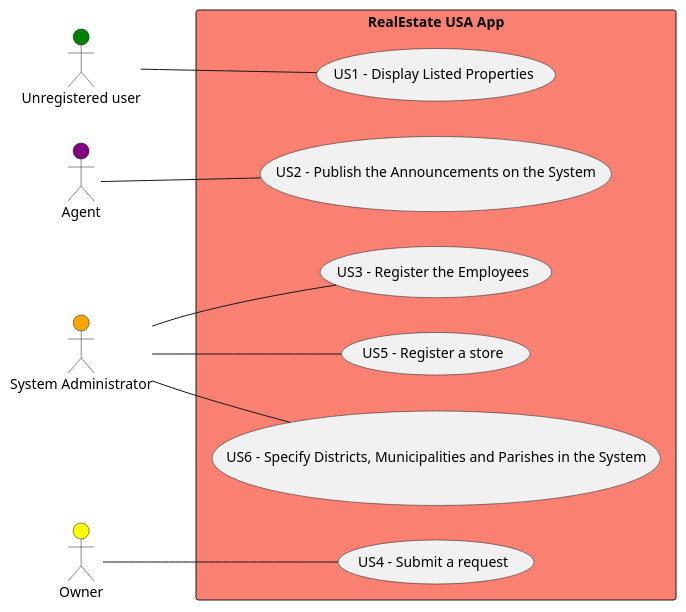
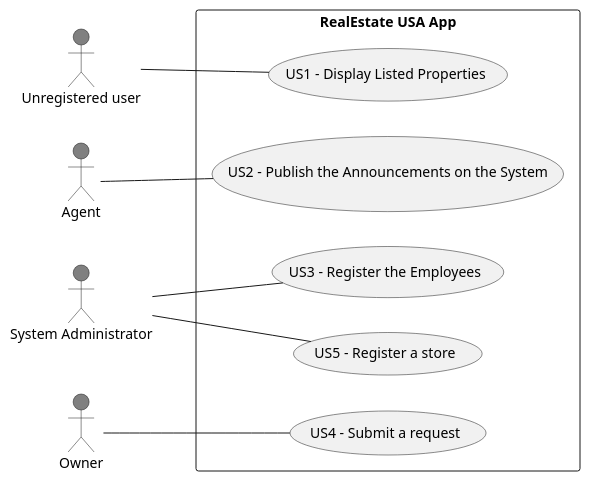
One commit to 1220812/LAPR2 changed the diagram in docs/sprintA/global-artifacts/01.requirements-engineering/puml/use-case-diagram.puml. Above: the diagram before and after it, drawn with PlantUML. The commit also changed 4 other files, not shown here.

```diff
--- a/docs/sprintA/global-artifacts/01.requirements-engineering/puml/use-case-diagram.puml
+++ b/docs/sprintA/global-artifacts/01.requirements-engineering/puml/use-case-diagram.puml
@@ -1,23 +1,21 @@
 @startuml
 left to right direction
 
-actor "Unregistered user" as unUser #green
-actor "Agent" as Agent #purple
-actor "System Administrator" as Admin #orange
-actor "Owner" as Owner #yellow
+actor "Unregistered user" as unUser #grey
+actor "Agent" as Agent #grey
+actor "System Administrator" as Admin #grey
+actor "Owner" as Owner #grey
 
-rectangle "RealEstate USA App" #Salmon{
+rectangle "RealEstate USA App"{
  usecase "US1 - Display Listed Properties" as UC1
  usecase "US2 - Publish the Announcements on the System" as UC2
- usecase "US3 - Register the Employees" as UC3
  usecase "US4 - Submit a request" as UC4
  usecase "US5 - Register a store" as UC5
- usecase "US6 - Specify Districts, Municipalities and Parishes in the System" as UC6
+ usecase "US3 - Register the Employees" as UC3
  }
  unUser -- UC1
  Agent -- UC2
+ Admin -- UC5
  Admin -- UC3
- Admin -- UC5
- Admin -- UC6
  Owner -- UC4
 @enduml
```
